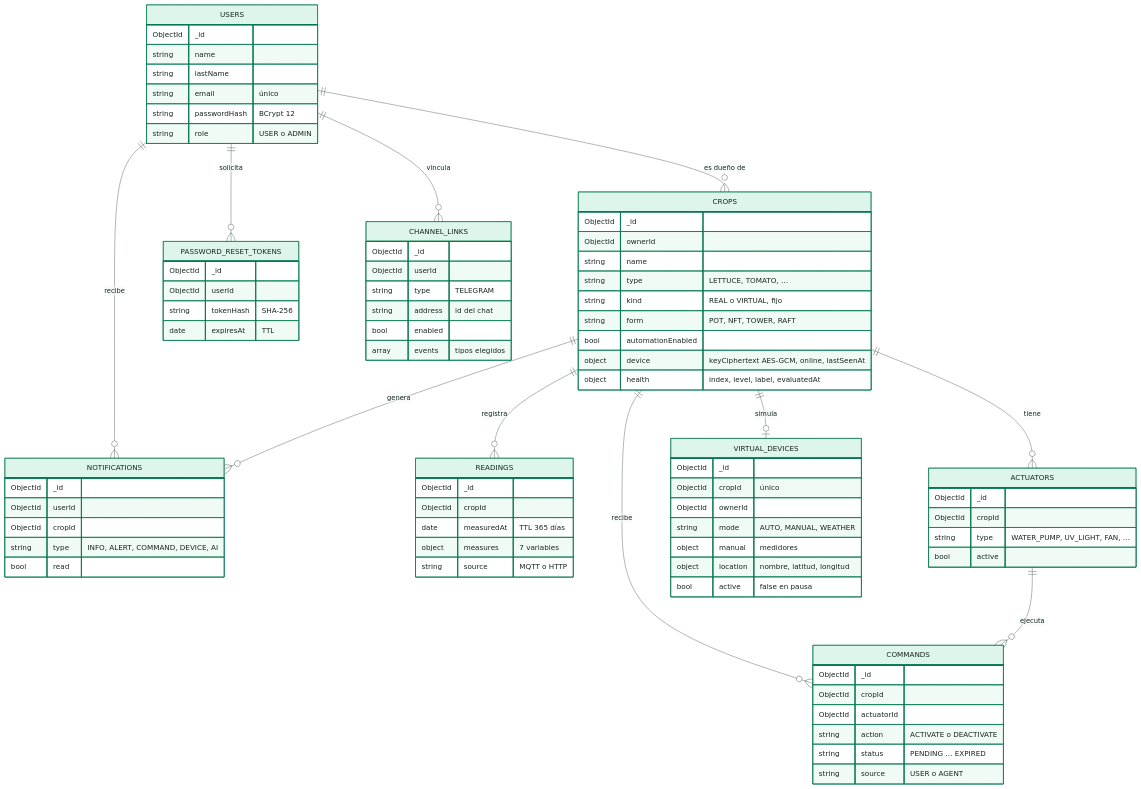
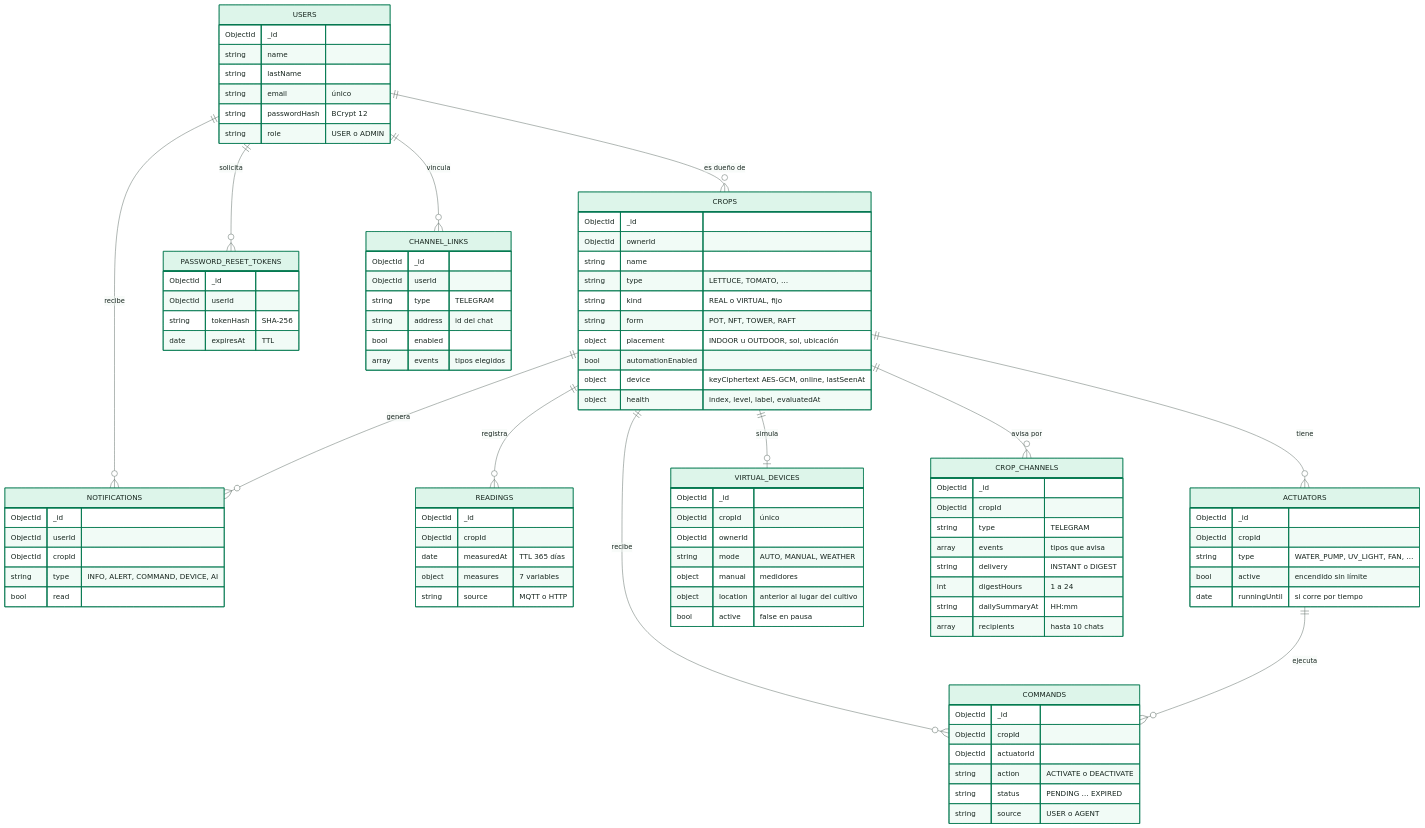
Before and after one commit to SmartPotTech/.github: the diagram in docs/diagrams/SmartPot_04_Data_Model.mmd, drawn with Mermaid.

Commit message:
Add crop placement, switch state and crop channels to the data model
Crops keep their placement, actuators their running time and crop_channels the per-crop alerts.

```diff
--- a/docs/diagrams/SmartPot_04_Data_Model.mmd
+++ b/docs/diagrams/SmartPot_04_Data_Model.mmd
@@ -1,82 +1,95 @@
 %%{init: {"theme": "base", "fontFamily": "Segoe UI, Arial, sans-serif", "themeVariables": {"fontFamily": "Segoe UI, Arial, sans-serif", "fontSize": "15px", "primaryColor": "#DDF5EA", "primaryTextColor": "#17261F", "primaryBorderColor": "#067A52", "secondaryColor": "#E3F2FB", "secondaryTextColor": "#17261F", "secondaryBorderColor": "#1F6FA0", "tertiaryColor": "#F2F7F4", "tertiaryTextColor": "#17261F", "tertiaryBorderColor": "#D5E3DC", "lineColor": "#5B6B63", "textColor": "#17261F", "mainBkg": "#DDF5EA", "nodeBorder": "#067A52", "clusterBkg": "#F7FAF8", "clusterBorder": "#D5E3DC", "edgeLabelBackground": "#FFFFFF", "actorBkg": "#067A52", "actorBorder": "#0B3D2B", "actorTextColor": "#FFFFFF", "actorLineColor": "#5B6B63", "signalColor": "#17261F", "signalTextColor": "#17261F", "labelBoxBkgColor": "#0B3D2B", "labelBoxBorderColor": "#0B3D2B", "labelTextColor": "#FFFFFF", "loopTextColor": "#0B3D2B", "noteBkgColor": "#FDF4DD", "noteBorderColor": "#C98D12", "noteTextColor": "#17261F", "activationBkgColor": "#DDF5EA", "activationBorderColor": "#067A52", "attributeBackgroundColorOdd": "#FFFFFF", "attributeBackgroundColorEven": "#F2F7F4"}}}%%
 erDiagram
   USERS ||--o{ CROPS : "es dueño de"
   USERS ||--o{ NOTIFICATIONS : "recibe"
   USERS ||--o{ PASSWORD_RESET_TOKENS : "solicita"
   USERS ||--o{ CHANNEL_LINKS : "vincula"
   CROPS ||--o{ READINGS : "registra"
   CROPS ||--o{ ACTUATORS : "tiene"
   CROPS ||--o{ COMMANDS : "recibe"
   CROPS ||--o{ NOTIFICATIONS : "genera"
   CROPS ||--o| VIRTUAL_DEVICES : "simula"
+  CROPS ||--o{ CROP_CHANNELS : "avisa por"
   ACTUATORS ||--o{ COMMANDS : "ejecuta"
   USERS {
     ObjectId _id
     string name
     string lastName
     string email "único"
     string passwordHash "BCrypt 12"
     string role "USER o ADMIN"
   }
   CROPS {
     ObjectId _id
     ObjectId ownerId
     string name
     string type "LETTUCE, TOMATO, …"
     string kind "REAL o VIRTUAL, fijo"
     string form "POT, NFT, TOWER, RAFT"
+    object placement "INDOOR u OUTDOOR, sol, ubicación"
     bool automationEnabled
     object device "keyCiphertext AES-GCM, online, lastSeenAt"
     object health "index, level, label, evaluatedAt"
   }
   READINGS {
     ObjectId _id
     ObjectId cropId
     date measuredAt "TTL 365 días"
     object measures "7 variables"
     string source "MQTT o HTTP"
   }
   ACTUATORS {
     ObjectId _id
     ObjectId cropId
     string type "WATER_PUMP, UV_LIGHT, FAN, …"
-    bool active
+    bool active "encendido sin límite"
+    date runningUntil "si corre por tiempo"
   }
   COMMANDS {
     ObjectId _id
     ObjectId cropId
     ObjectId actuatorId
     string action "ACTIVATE o DEACTIVATE"
     string status "PENDING … EXPIRED"
     string source "USER o AGENT"
   }
   NOTIFICATIONS {
     ObjectId _id
     ObjectId userId
     ObjectId cropId
     string type "INFO, ALERT, COMMAND, DEVICE, AI"
     bool read
   }
   CHANNEL_LINKS {
     ObjectId _id
     ObjectId userId
     string type "TELEGRAM"
     string address "id del chat"
     bool enabled
     array events "tipos elegidos"
   }
+  CROP_CHANNELS {
+    ObjectId _id
+    ObjectId cropId
+    string type "TELEGRAM"
+    array events "tipos que avisa"
+    string delivery "INSTANT o DIGEST"
+    int digestHours "1 a 24"
+    string dailySummaryAt "HH:mm"
+    array recipients "hasta 10 chats"
+  }
   VIRTUAL_DEVICES {
     ObjectId _id
     ObjectId cropId "único"
     ObjectId ownerId
     string mode "AUTO, MANUAL, WEATHER"
     object manual "medidores"
-    object location "nombre, latitud, longitud"
+    object location "anterior al lugar del cultivo"
     bool active "false en pausa"
   }
   PASSWORD_RESET_TOKENS {
     ObjectId _id
     ObjectId userId
     string tokenHash "SHA-256"
     date expiresAt "TTL"
   }
```
